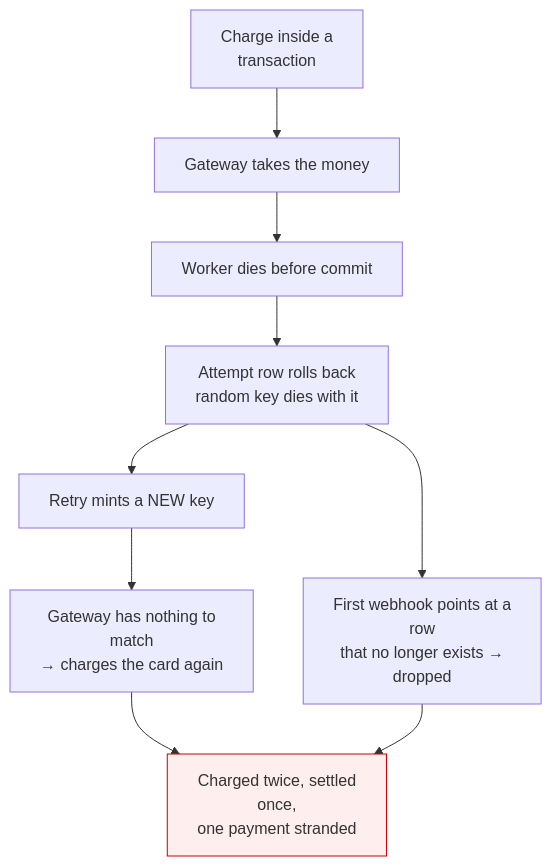
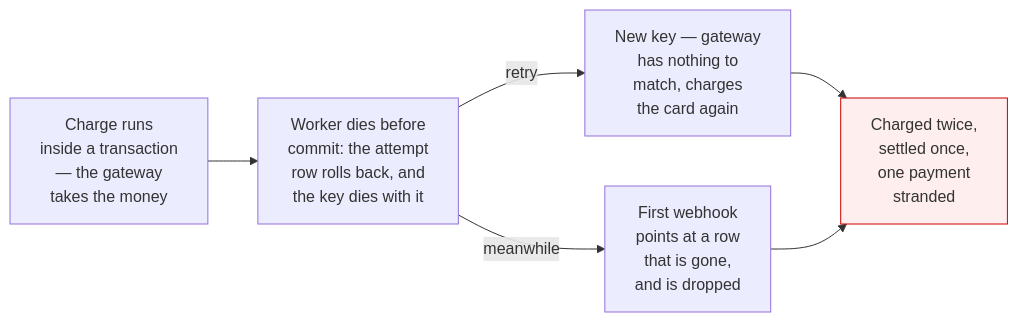
Before and after one commit to saurabh6790/v2-billing-specs: the diagram in diagrams/double-charge.mmd, drawn with Mermaid. The commit also changed 15 other files, not shown here.

Commit message:
diagrams: read left to right, and label a fork that is not a choice

```diff
--- a/diagrams/double-charge.mmd
+++ b/diagrams/double-charge.mmd
@@ -1,19 +1,22 @@
-flowchart TD
-    A["`Charge inside a
-transaction`"] --> B["Gateway takes the money"]
-    B --> C["Worker dies before commit"]
-    C --> D["`Attempt row rolls back
-random key dies with it`"]
-    D --> E["Retry mints a NEW key"]
-    E --> F["`Gateway has nothing to
-match
-→ charges the card again`"]
-    D --> G["`First webhook points at a
-row
-that no longer exists →
-dropped`"]
-    F --> H["`Charged twice, settled
-once,
-one payment stranded`"]
+flowchart LR
+    B["`Charge runs
+inside a transaction
+— the gateway
+takes the money`"] --> C["`Worker dies before
+commit: the attempt
+row rolls back, and
+the key dies with it`"]
+    C -->|"retry"| E["`New key — gateway
+has nothing to
+match, charges
+the card again`"]
+    C -->|"meanwhile"| G["`First webhook
+points at a row
+that is gone,
+and is dropped`"]
+    E --> H["`Charged twice,
+settled once,
+one payment
+stranded`"]
     G --> H
     style H fill:#fee,stroke:#c00
```
